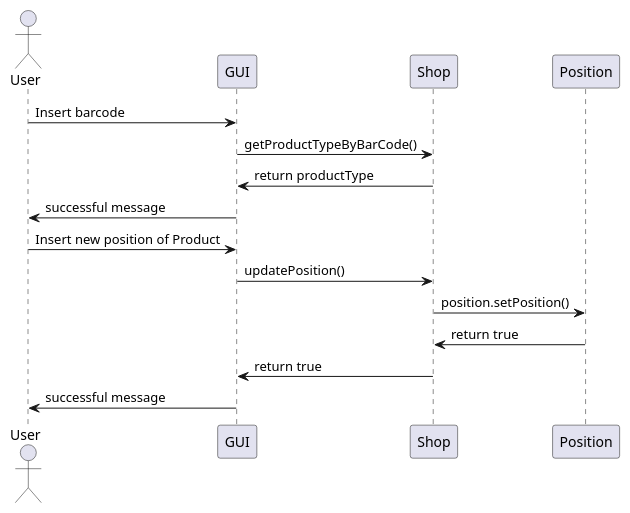
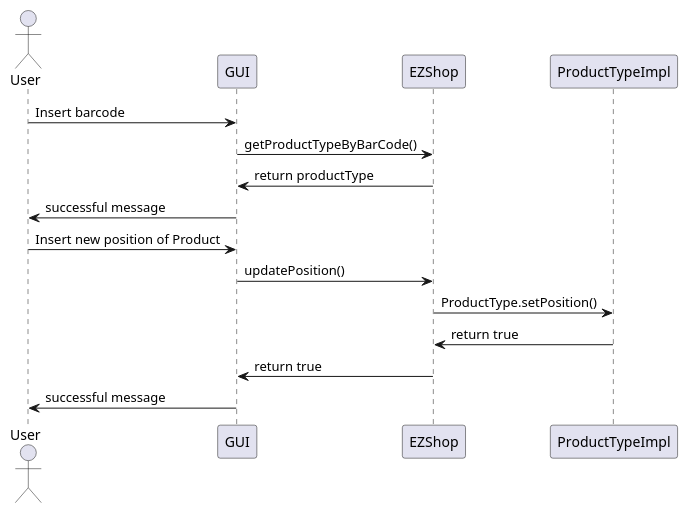
The sixth of 19 diagrams in Deliverables/DesignDocument.md (ThePiromaximus/ezshop), drawn with PlantUML before and after one commit. The commit also changed other lines of this file, not shown here.

````diff
--- a/Deliverables/DesignDocument.md
+++ b/Deliverables/DesignDocument.md
@@ -310,15 +326,15 @@
 ```plantuml
 @startuml
 actor User
 User -> GUI: Insert barcode
-GUI -> Shop: getProductTypeByBarCode()
-GUI <- Shop: return productType
+GUI -> EZShop: getProductTypeByBarCode()
+GUI <- EZShop: return productType
 User <- GUI: successful message
 User -> GUI: Insert new position of Product
-GUI -> Shop: updatePosition()
-Shop -> Position: position.setPosition()
-Shop <- Position: return true
-GUI <- Shop: return true
+GUI -> EZShop: updatePosition()
+EZShop -> ProductTypeImpl: ProductType.setPosition()
+EZShop <- ProductTypeImpl: return true
+GUI <- EZShop: return true
 User <- GUI: successful message
 @enduml
 ```
````
